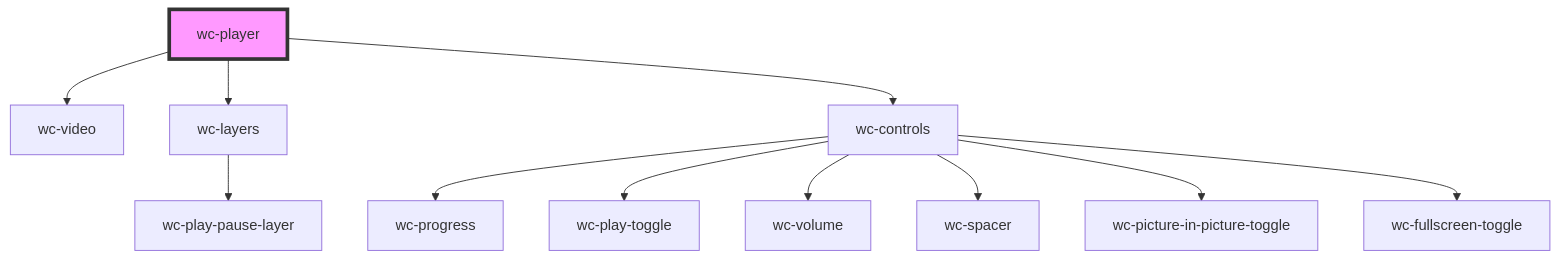
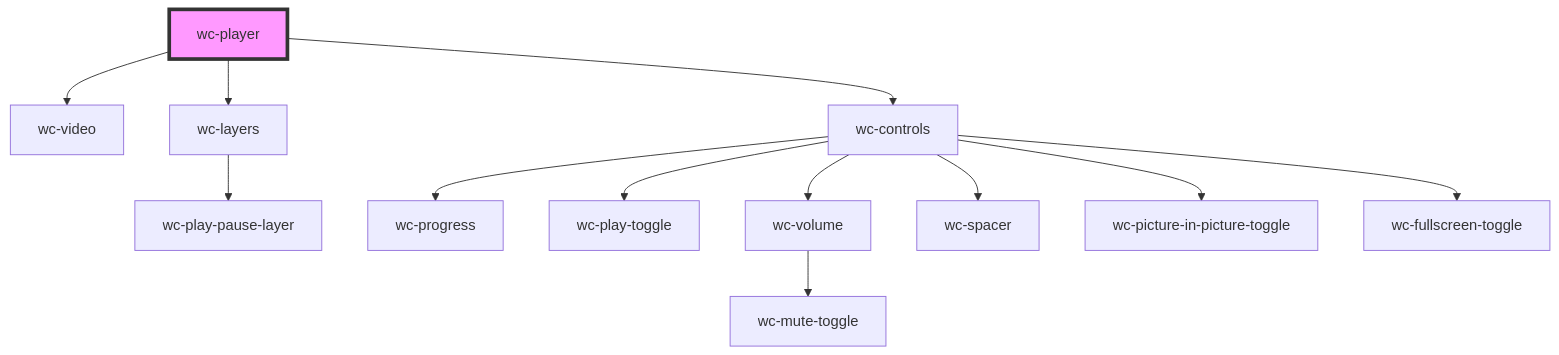
The diagram in packages/wcplayer-components/src/components/wc-player/readme.md (iChengbo/wcplayer), drawn with Mermaid before and after one commit. The commit also changed 14 other files, not shown here.

Commit message:
feat(wc-mute-toggle): new component

````diff
--- a/packages/wcplayer-components/src/components/wc-player/readme.md
+++ b/packages/wcplayer-components/src/components/wc-player/readme.md
@@ -40,14 +40,15 @@
 ```mermaid
 graph TD;
   wc-player --> wc-video
   wc-player --> wc-layers
   wc-player --> wc-controls
   wc-layers --> wc-play-pause-layer
   wc-controls --> wc-progress
   wc-controls --> wc-play-toggle
   wc-controls --> wc-volume
   wc-controls --> wc-spacer
   wc-controls --> wc-picture-in-picture-toggle
   wc-controls --> wc-fullscreen-toggle
+  wc-volume --> wc-mute-toggle
   style wc-player fill:#f9f,stroke:#333,stroke-width:4px
 ```
````
